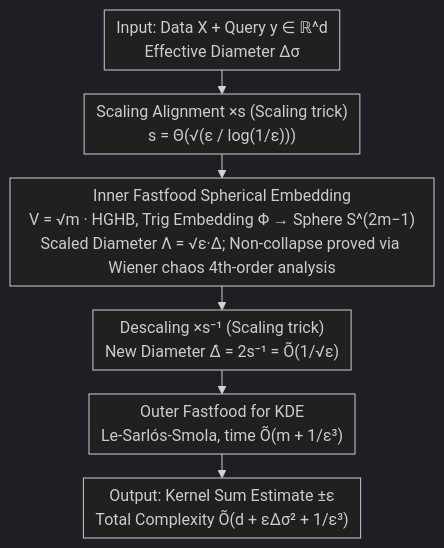
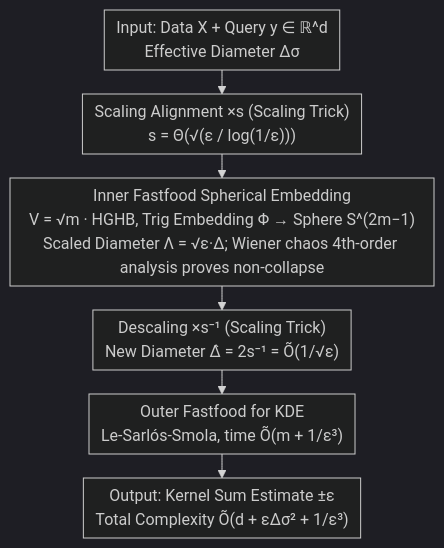
One commit to zhaoyang97/Paper-Notes-en changed the diagram in docs/ICML2026/others/new_bounds_for_kernel_sums_via_fast_spherical_embeddings.md. Above: the diagram before and after it, drawn with Mermaid (dark theme). The commit also changed other lines of this file and 5084 other files, not shown here.

````diff
--- a/docs/ICML2026/others/new_bounds_for_kernel_sums_via_fast_spherical_embeddings.md
+++ b/docs/ICML2026/others/new_bounds_for_kernel_sums_via_fast_spherical_embeddings.md
@@ -46,9 +46,9 @@
 ```mermaid
 %%{init: {'flowchart': {'rankSpacing': 24, 'nodeSpacing': 28, 'padding': 6, 'wrappingWidth': 400}}}%%
 flowchart TD
-    A["Input: Data X + Query y ∈ ℝ^d<br/>Effective Diameter Δσ"] --> B["Scaling Alignment ×s (Scaling trick)<br/>s = Θ(√(ε / log(1/ε)))"]
-    B --> C["Inner Fastfood Spherical Embedding<br/>V = √m · HGHB, Trig Embedding Φ → Sphere S^(2m−1)<br/>Scaled Diameter Λ = √ε·Δ; Non-collapse proved via Wiener chaos 4th-order analysis"]
-    C --> D["Descaling ×s⁻¹ (Scaling trick)<br/>New Diameter Δ̂ = 2s⁻¹ = Õ(1/√ε)"]
+    A["Input: Data X + Query y ∈ ℝ^d<br/>Effective Diameter Δσ"] --> B["Scaling Alignment ×s (Scaling Trick)<br/>s = Θ(√(ε / log(1/ε)))"]
+    B --> C["Inner Fastfood Spherical Embedding<br/>V = √m · HGHB, Trig Embedding Φ → Sphere S^(2m−1)<br/>Scaled Diameter Λ = √ε·Δ; Wiener chaos 4th-order analysis proves non-collapse"]
+    C --> D["Descaling ×s⁻¹ (Scaling Trick)<br/>New Diameter Δ̂ = 2s⁻¹ = Õ(1/√ε)"]
     D --> E["Outer Fastfood for KDE<br/>Le-Sarlós-Smola, time Õ(m + 1/ε³)"]
     E --> F["Output: Kernel Sum Estimate ±ε<br/>Total Complexity Õ(d + εΔσ² + 1/ε³)"]
 ```
````
